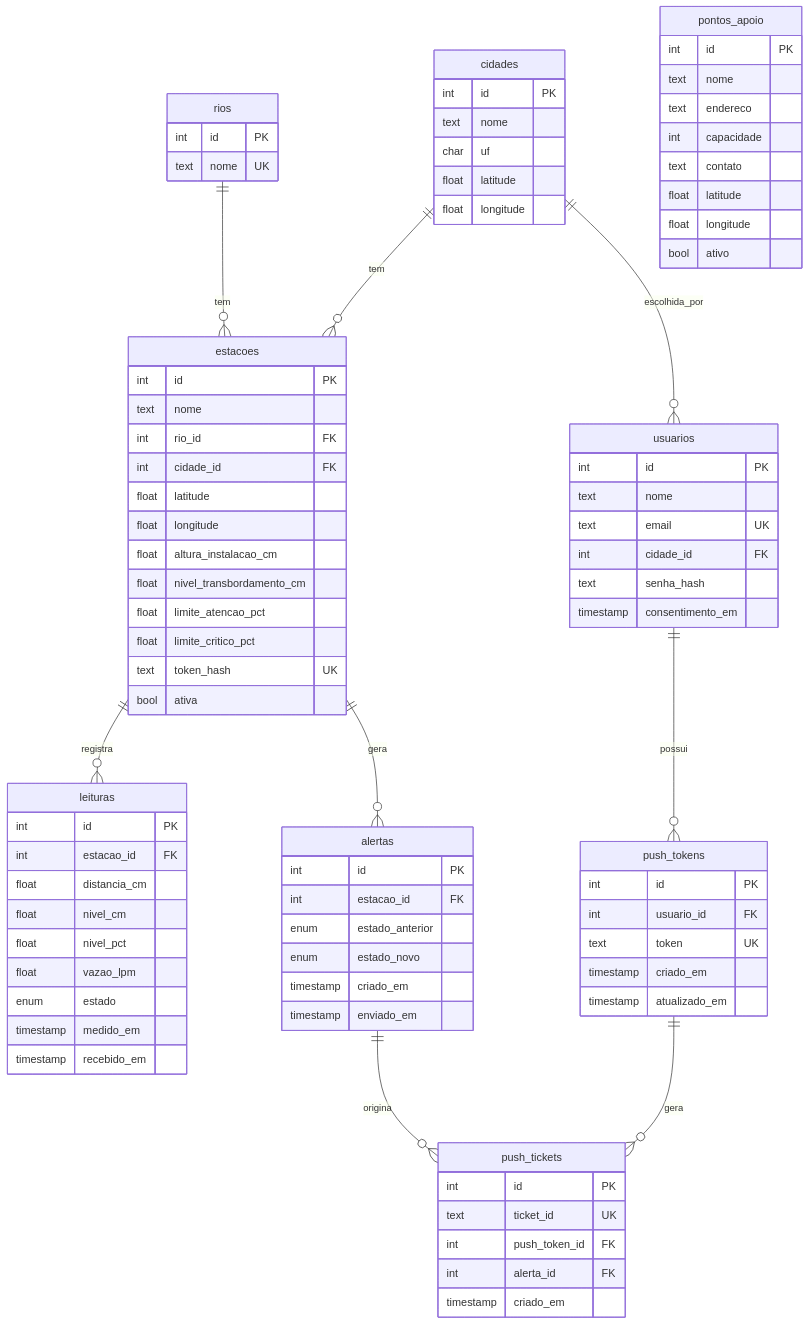
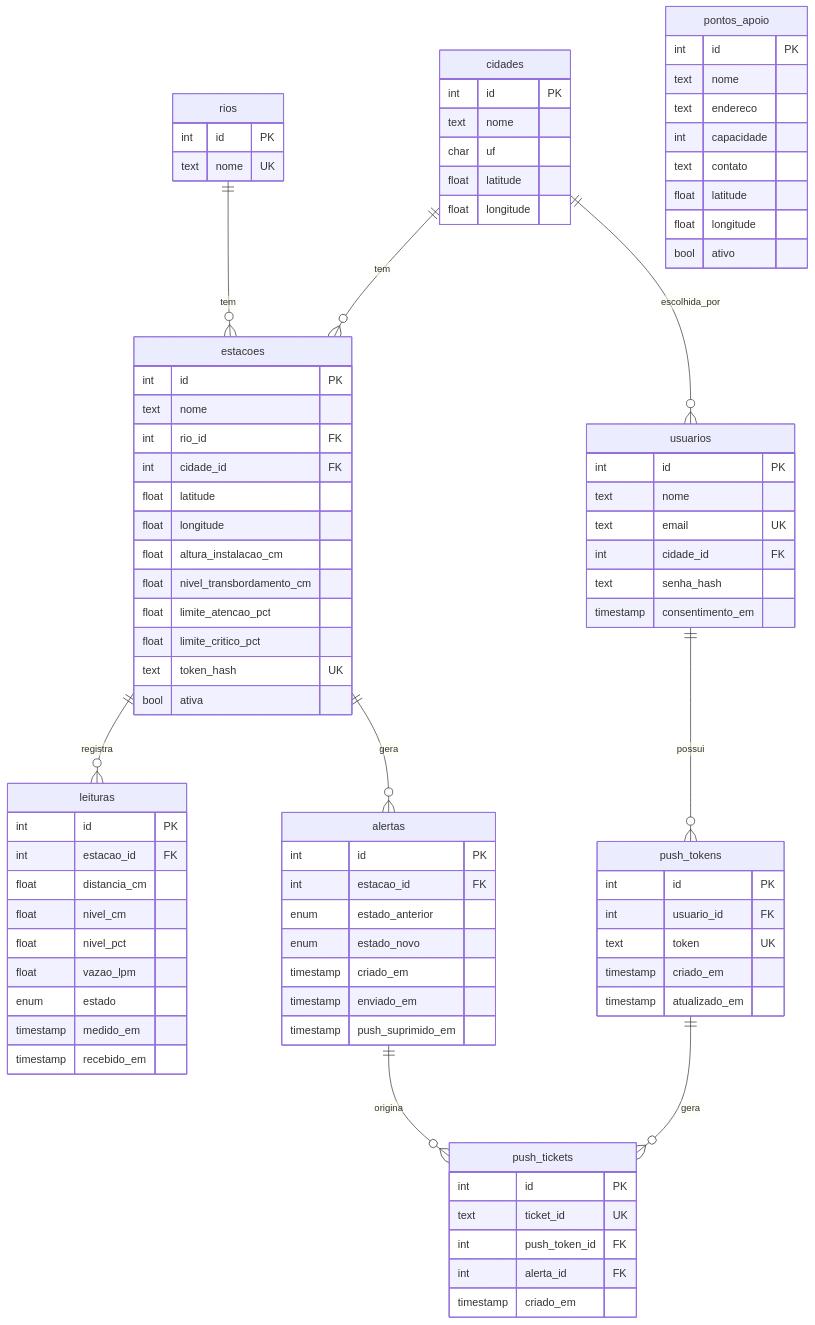
Before and after one commit to Mateus-Fonseca847/acquascan-app: the diagram in docs/banco-de-dados.md, drawn with Mermaid. The commit also changed other lines of this file and 15 other files, not shown here.

```diff
--- a/docs/banco-de-dados.md
+++ b/docs/banco-de-dados.md
@@ -58,6 +58,7 @@
         enum estado_novo
         timestamp criado_em
         timestamp enviado_em
+        timestamp push_suprimido_em
     }
     pontos_apoio {
         int id PK
```
